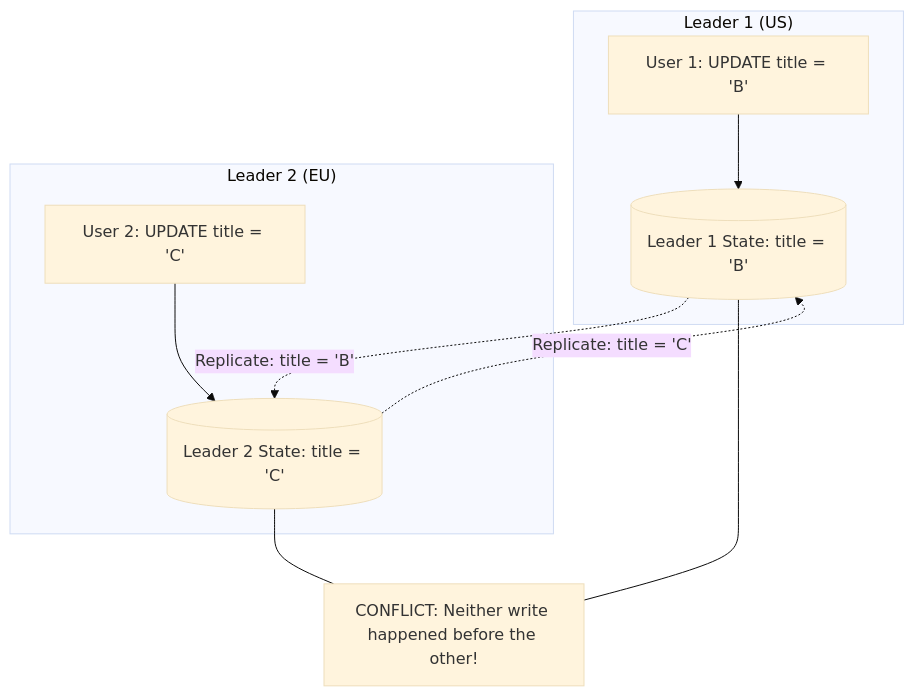
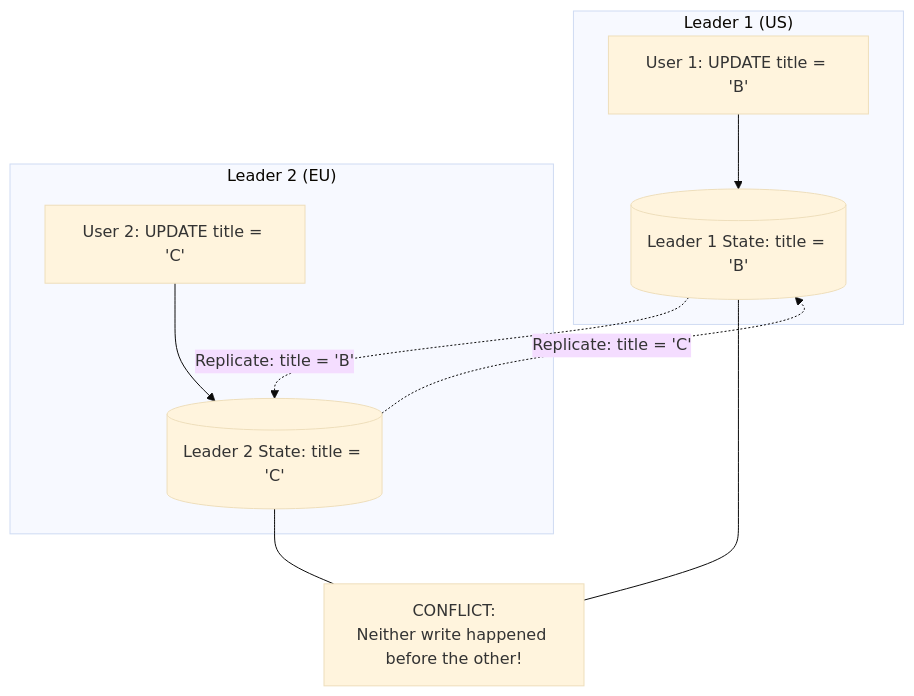
Before and after one commit to 1mimhe/books-summery: the ninth of 16 diagrams in 01 Designing Data-Intensive Applications/chapter-06-replication.md, drawn with Mermaid (base theme). The commit also changed other lines of this file and 1 other file, not shown here.

````diff
--- a/01 Designing Data-Intensive Applications/chapter-06-replication.md
+++ b/01 Designing Data-Intensive Applications/chapter-06-replication.md
@@ -461,16 +420,16 @@
 ```mermaid
 flowchart TD
   subgraph L1_OPS["Leader 1 (US)"]
     U1["User 1: UPDATE title = 'B'"] --> L1[("Leader 1 State: title = 'B'")]
   end
 
   subgraph L2_OPS["Leader 2 (EU)"]
     U2["User 2: UPDATE title = 'C'"] --> L2[("Leader 2 State: title = 'C'")]
   end
 
   L1 -.->|"Replicate: title = 'B'"| L2
   L2 -.->|"Replicate: title = 'C'"| L1
 
-  L1 --- CONFLICT["CONFLICT: Neither write happened before the other!"]
+  L1 --- CONFLICT["CONFLICT:<br/>Neither write happened before the other!"]
   L2 --- CONFLICT
 ```
````
